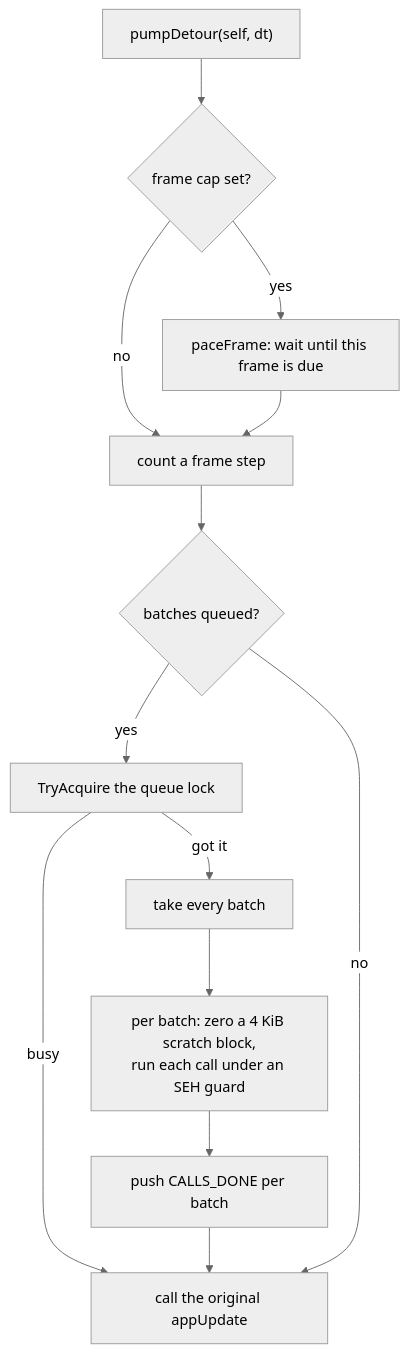
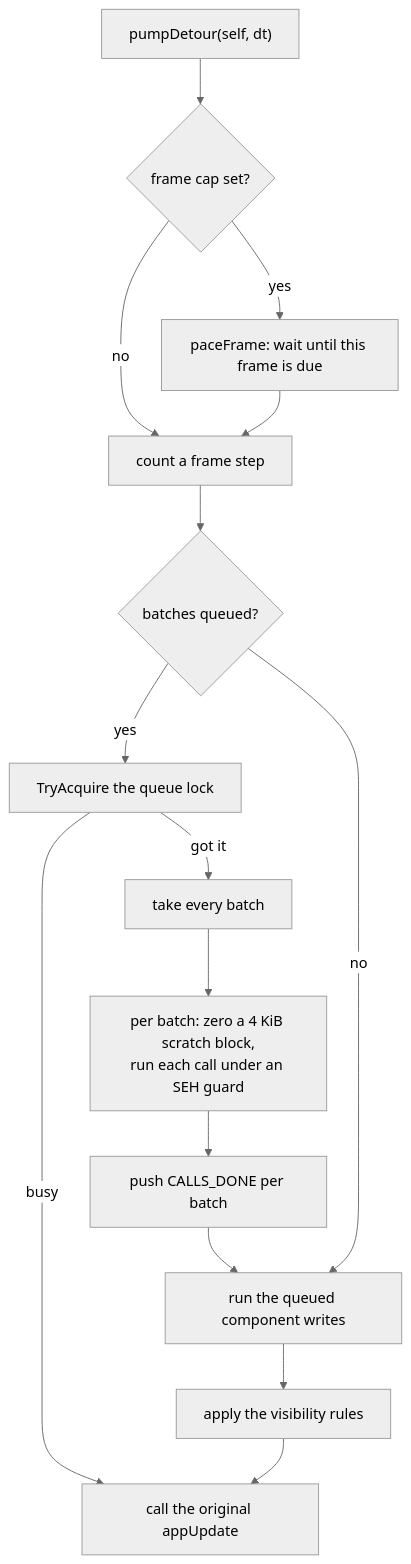
Before and after one commit to Kraken-Plugins/kraken-native: the sixth of 7 diagrams in docs/developer/native-hook.md, drawn with Mermaid (neutral theme). The commit also changed other lines of this file and 107 other files, not shown here.

````diff
--- a/docs/developer/native-hook.md
+++ b/docs/developer/native-hook.md
@@ -308,15 +312,17 @@
 ```mermaid
 flowchart TB
     A["pumpDetour(self, dt)"] --> B{"frame cap set?"}
     B -- "yes" --> C["paceFrame: wait until this frame is due"]
     B -- "no" --> D
     C --> D["count a frame step"]
     D --> E{"batches queued?"}
     E -- "yes" --> F["TryAcquire the queue lock"]
     F -- "got it" --> G["take every batch"]
     F -- "busy" --> H
     G --> I["per batch: zero a 4 KiB scratch block,<br/>run each call under an SEH guard"]
     I --> J["push CALLS_DONE per batch"]
-    J --> H["call the original appUpdate"]
-    E -- "no" --> H
+    J --> K["run the queued component writes"]
+    E -- "no" --> K
+    K --> L["apply the visibility rules"]
+    L --> H["call the original appUpdate"]
 ```
````
